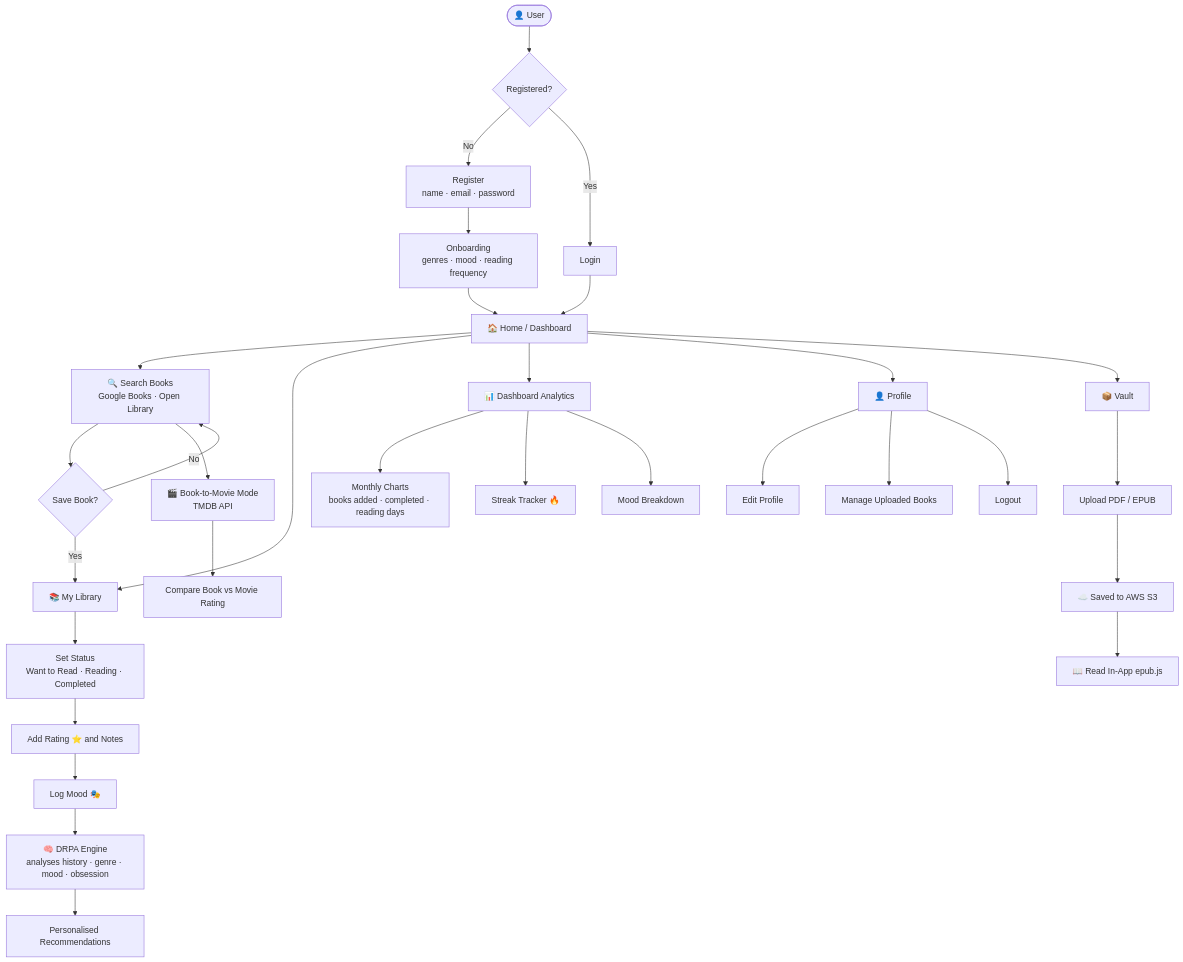
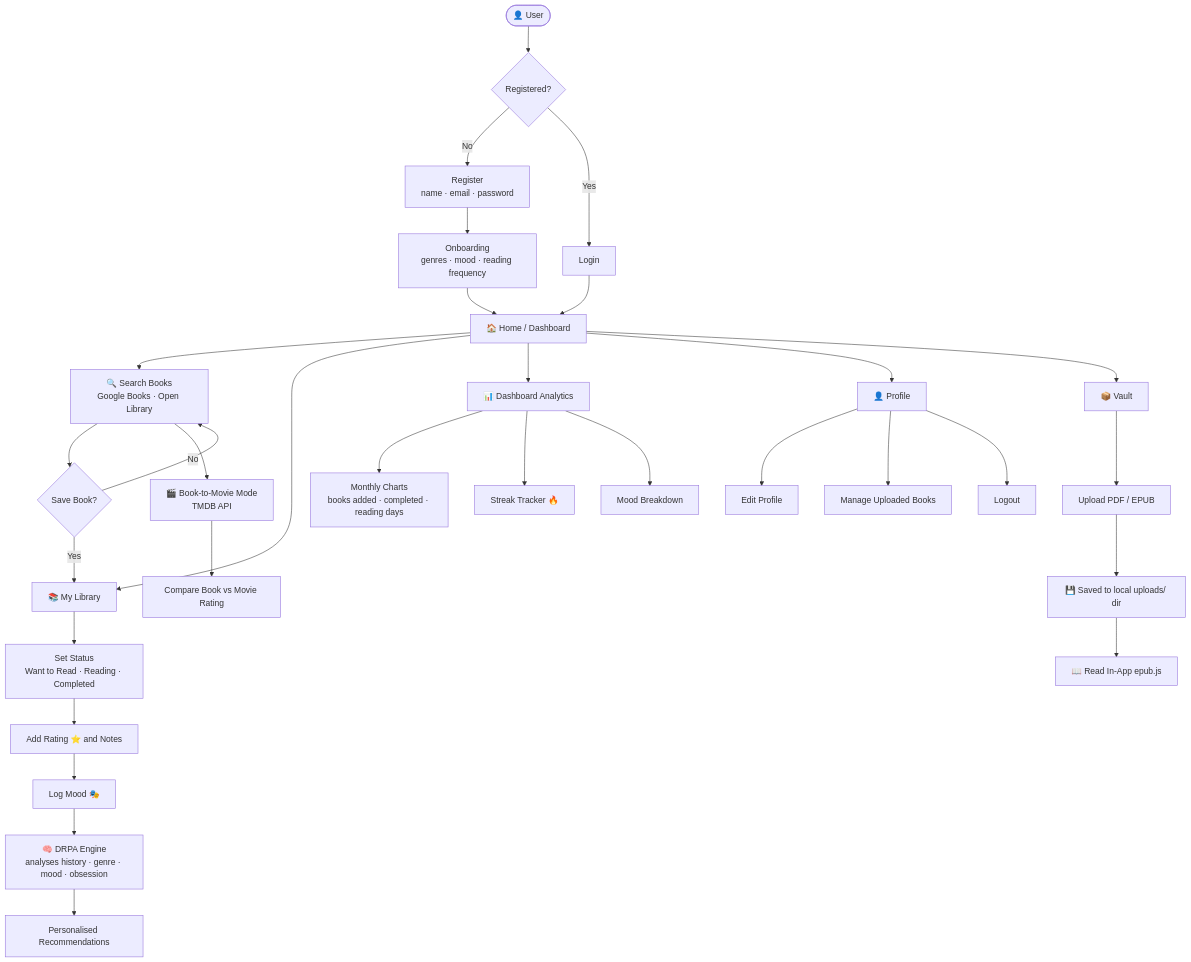
Before and after one commit to ria0304/BOOKNEST-: the diagram in README.md, drawn with Mermaid. The commit also changed other lines of this file and 22 other files, not shown here.

Commit message:
updated and removed aws from  the application so it run on local host for now

````diff
--- a/README.md
+++ b/README.md
@@ -51,42 +48,42 @@
 ```mermaid
 flowchart TD
     A([👤 User]) --> B{Registered?}
 
     B -- No --> C[Register\nname · email · password]
     B -- Yes --> D[Login]
 
     C --> E[Onboarding\ngenres · mood · reading frequency]
     D --> F[🏠 Home / Dashboard]
     E --> F
 
     F --> G[🔍 Search Books\nGoogle Books · Open Library]
     F --> H[📚 My Library]
     F --> I[📊 Dashboard Analytics]
     F --> J[👤 Profile]
     F --> K[📦 Vault]
 
     G --> G1{Save Book?}
     G1 -- Yes --> H
     G1 -- No --> G
 
     H --> H1[Set Status\nWant to Read · Reading · Completed]
     H1 --> H2[Add Rating ⭐ and Notes]
     H2 --> H3[Log Mood 🎭]
     H3 --> L[🧠 DRPA Engine\nanalyses history · genre · mood · obsession]
     L --> M[Personalised Recommendations]
 
     I --> I1[Monthly Charts\nbooks added · completed · reading days]
     I --> I2[Streak Tracker 🔥]
     I --> I3[Mood Breakdown]
 
     K --> K1[Upload PDF / EPUB]
-    K1 --> K2[☁️ Saved to AWS S3]
+    K1 --> K2[💾 Saved to local uploads/ dir]
     K2 --> K3[📖 Read In-App epub.js]
 
     G --> N[🎬 Book-to-Movie Mode\nTMDB API]
     N --> N1[Compare Book vs Movie Rating]
 
     J --> J1[Edit Profile]
     J --> J2[Manage Uploaded Books]
     J --> J3[Logout]
 ```
````
